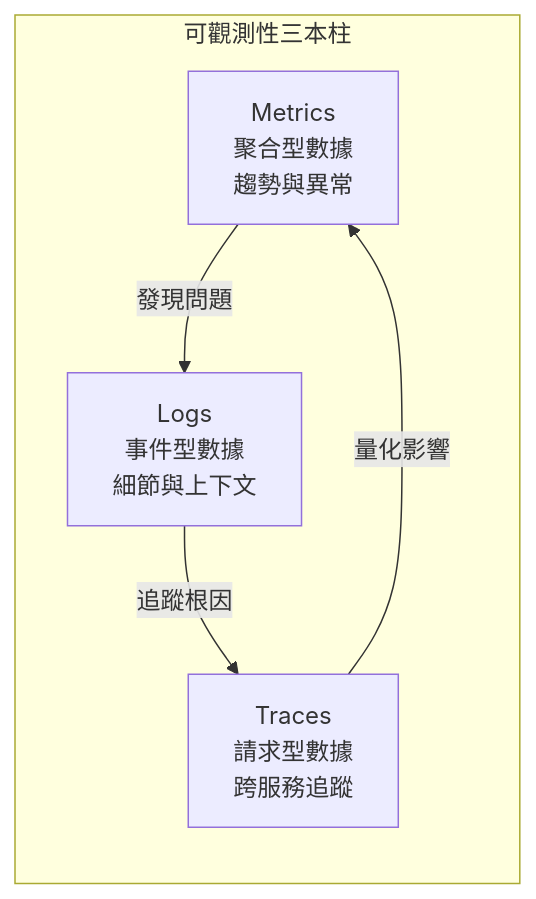
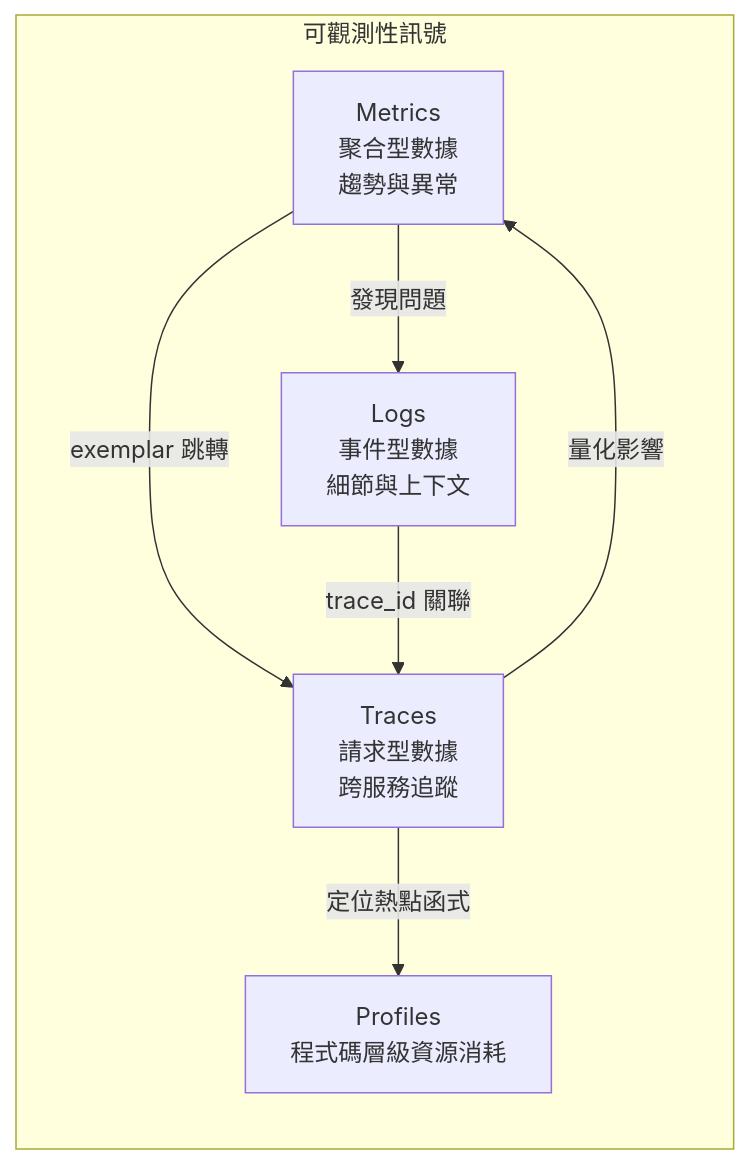
The third of 28 diagrams in content/posts/教學/工具/Metrics Visualization 教學手冊.md (chihhung/Blog), drawn with Mermaid before and after one commit. The commit also changed other lines of this file and 8 other files, not shown here.

````diff
--- a/content/posts/教學/工具/Metrics Visualization 教學手冊.md
+++ b/content/posts/教學/工具/Metrics Visualization 教學手冊.md
@@ -113,12 +322,15 @@
 ```mermaid
 flowchart LR
-    subgraph Observability["可觀測性三本柱"]
-        M[Metrics<br/>聚合型數據<br/>趨勢與異常]
-        L[Logs<br/>事件型數據<br/>細節與上下文]
-        T[Traces<br/>請求型數據<br/>跨服務追蹤]
+    subgraph Observability["可觀測性訊號"]
+        M["Metrics<br/>聚合型數據<br/>趨勢與異常"]
+        L["Logs<br/>事件型數據<br/>細節與上下文"]
+        T["Traces<br/>請求型數據<br/>跨服務追蹤"]
+        P["Profiles<br/>程式碼層級資源消耗"]
     end
-    
-    M -->|發現問題| L
-    L -->|追蹤根因| T
-    T -->|量化影響| M
+
+    M -->|"發現問題"| L
+    M -->|"exemplar 跳轉"| T
+    L -->|"trace_id 關聯"| T
+    T -->|"量化影響"| M
+    T -->|"定位熱點函式"| P
 ```
````
